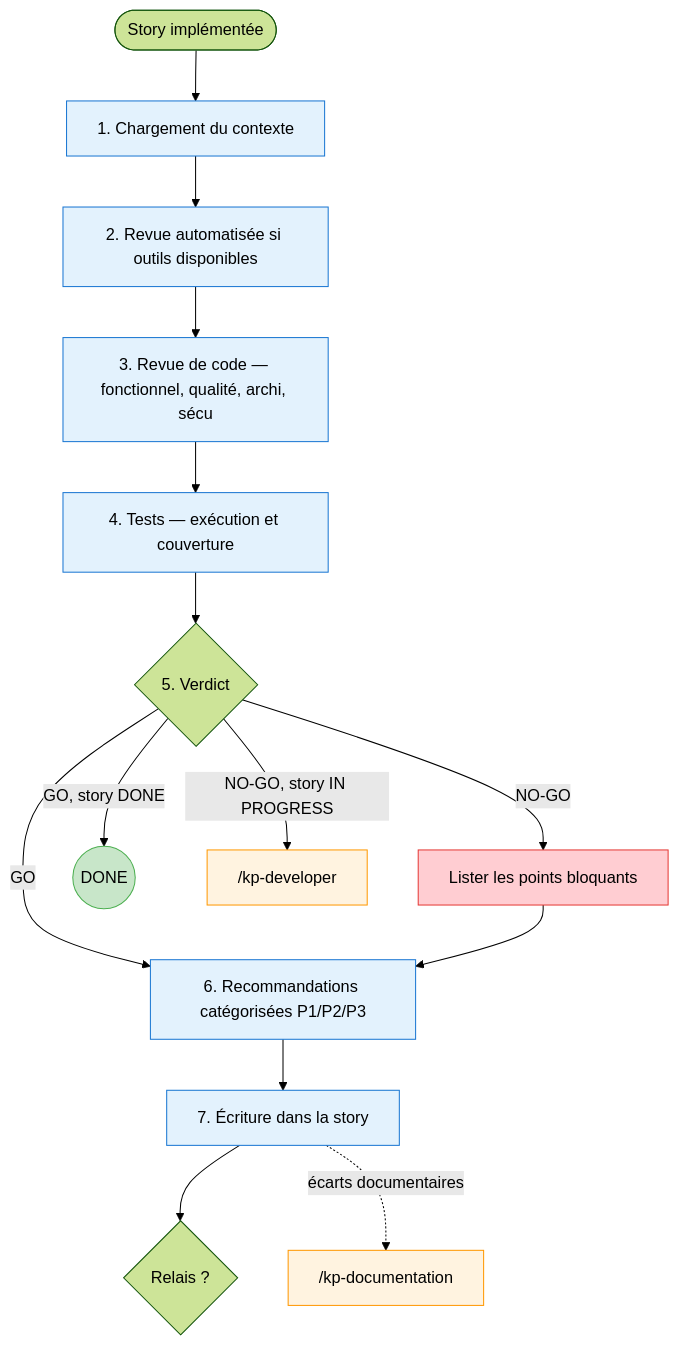
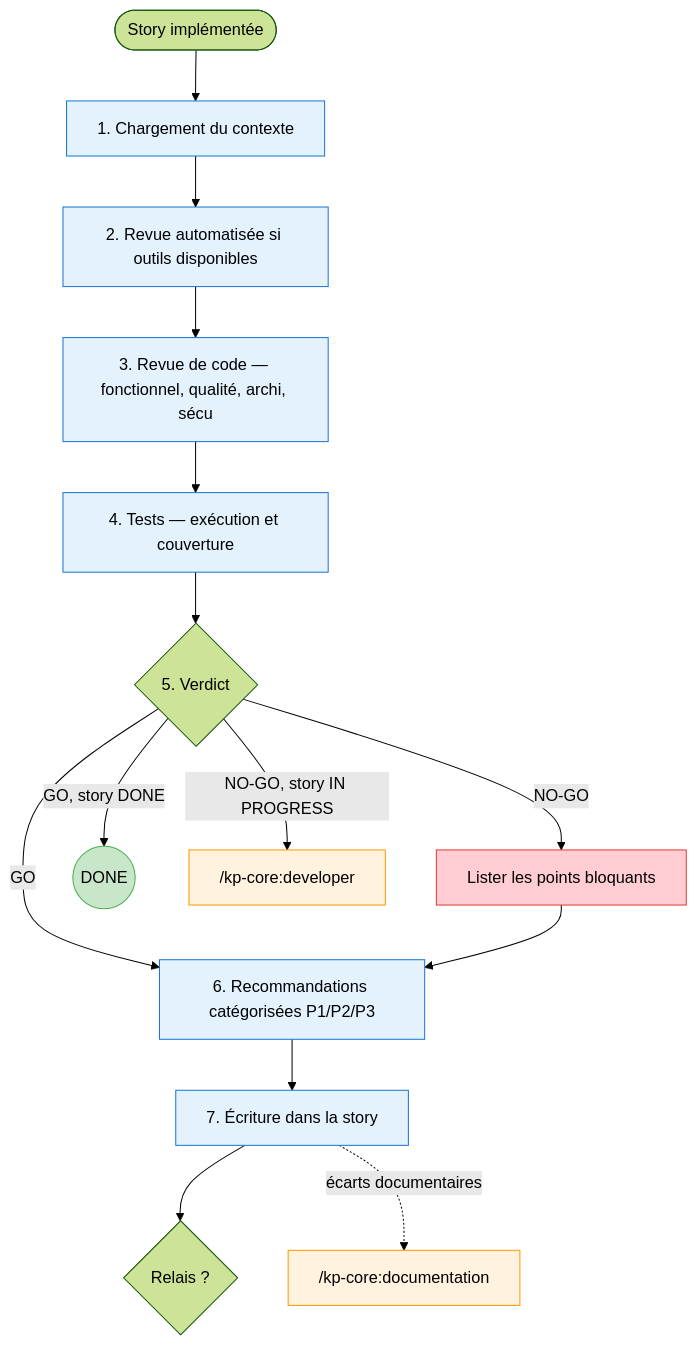
Before and after one commit to KeyProd/kp-agents: the sixth of 8 diagrams in docs/agents.md, drawn with Mermaid (forest theme). The commit also changed other lines of this file and 3 other files, not shown here.

First line of the commit message:
feat(S-0002): update documentation to reflect plugin marketplace architecture

````diff
--- a/docs/agents.md
+++ b/docs/agents.md
@@ -295,43 +268,43 @@
 ```mermaid
 flowchart TD
     START([Story implémentée]) --> CTX
 
     CTX[1. Chargement du contexte]
     CTX --> AUTO
 
     AUTO[2. Revue automatisée si outils disponibles]
     AUTO --> CODE_REVIEW
 
     CODE_REVIEW[3. Revue de code — fonctionnel, qualité, archi, sécu]
     CODE_REVIEW --> TESTS
 
     TESTS[4. Tests — exécution et couverture]
     TESTS --> VERDICT
 
     VERDICT{5. Verdict}
     VERDICT -->|GO| RECO
     VERDICT -->|NO-GO| BLOQUANTS
 
     BLOQUANTS[Lister les points bloquants]
     BLOQUANTS --> RECO
 
     RECO[6. Recommandations catégorisées P1/P2/P3]
     RECO --> WRITE[7. Écriture dans la story]
     WRITE --> OUT
 
     OUT{Relais ?}
     VERDICT -->|GO, story DONE| FIN((DONE))
-    VERDICT -->|NO-GO, story IN PROGRESS| DEV["/kp-developer"]
-    WRITE -.->|écarts documentaires| DOC["/kp-documentation"]
+    VERDICT -->|NO-GO, story IN PROGRESS| DEV["/kp-core:developer"]
+    WRITE -.->|écarts documentaires| DOC["/kp-core:documentation"]
 
     style CTX fill:#e3f2fd,stroke:#1976D2
     style AUTO fill:#e3f2fd,stroke:#1976D2
     style CODE_REVIEW fill:#e3f2fd,stroke:#1976D2
     style TESTS fill:#e3f2fd,stroke:#1976D2
     style RECO fill:#e3f2fd,stroke:#1976D2
     style WRITE fill:#e3f2fd,stroke:#1976D2
     style BLOQUANTS fill:#ffcdd2,stroke:#E53935
     style FIN fill:#c8e6c9,stroke:#4CAF50
     style DEV fill:#fff3e0,stroke:#FF9800
     style DOC fill:#fff3e0,stroke:#FF9800
 ```
````
